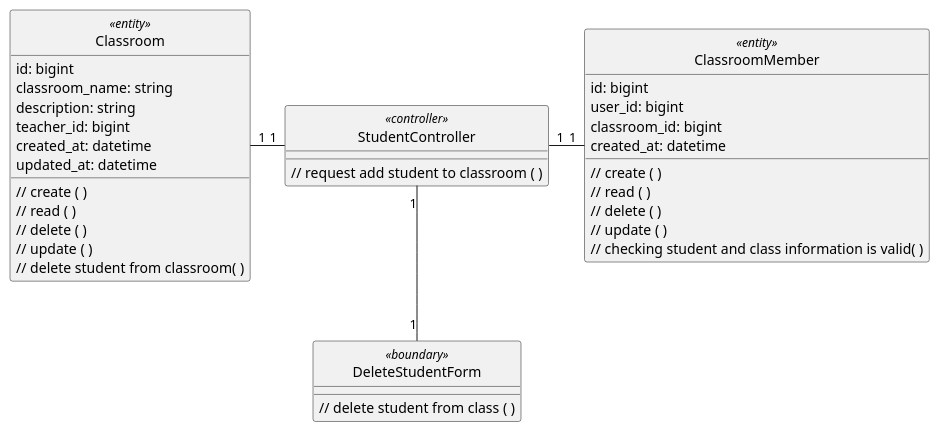
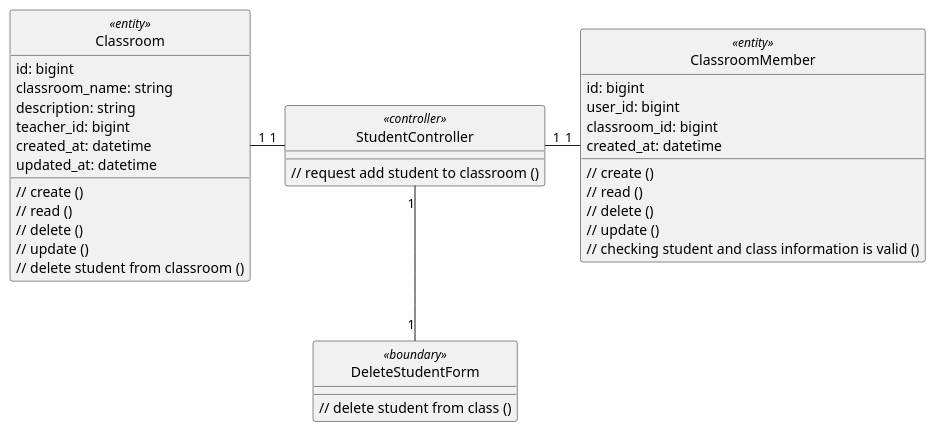
Before and after one commit to anonyhostvn/OOAD-Diagram: the diagram in class - analysis/student/deleteStudent.plantuml, drawn with PlantUML. The commit also changed 18 other files, not shown here.

```diff
--- a/class - analysis/student/deleteStudent.plantuml
+++ b/class - analysis/student/deleteStudent.plantuml
@@ -1,49 +1,49 @@
 @startuml updateClass
 
 class Classroom <<entity>> {
     id: bigint
     classroom_name: string
     description: string
     teacher_id: bigint
     created_at: datetime
     updated_at: datetime
 
-    // create ( )
-    // read ( )
-    // delete ( )
-    // update ( )
-    // delete student from classroom( )
+    // create ()
+    // read ()
+    // delete ()
+    // update ()
+    // delete student from classroom ()
 }
 
 class ClassroomMember <<entity>> {
     id: bigint
     user_id: bigint
     classroom_id: bigint
     created_at: datetime
 
-    // create ( )
-    // read ( )
-    // delete ( )
-    // update ( )
-    // checking student and class information is valid( )
+    // create ()
+    // read ()
+    // delete ()
+    // update ()
+    // checking student and class information is valid ()
 }
 
 class DeleteStudentForm <<boundary>> {
-    // delete student from class ( )
+    // delete student from class ()
 }
 
 class StudentController <<controller>> {
-    // request add student to classroom ( )
+    // request add student to classroom ()
 }
 
 hide Classroom <<entity>> circle
 hide DeleteStudentForm <<boundary>> circle
 hide StudentController <<controller>> circle
 
 StudentController "1" -left- "1" Classroom
 StudentController "1" -right- "1" ClassroomMember
 StudentController "1" -down- "1" DeleteStudentForm
 
 
 
 @enduml
```
